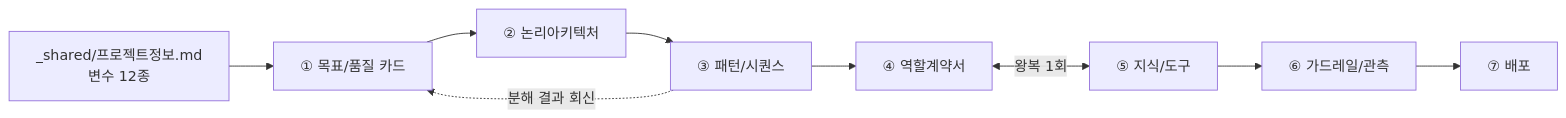
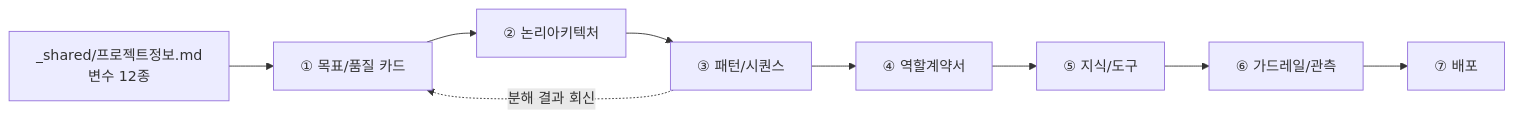
Before and after one commit to unicorn-campus/unicorn-skills: the diagram in design-architecture/prompts/README.md, drawn with Mermaid. The commit also changed other lines of this file and 33 other files, not shown here.

````diff
--- a/design-architecture/prompts/README.md
+++ b/design-architecture/prompts/README.md
@@ -66,11 +68,11 @@
 ```mermaid
 flowchart LR
   P["_shared/프로젝트정보.md<br/>변수 12종"] --> C1
   C1["① 목표/품질 카드"] --> C2["② 논리아키텍처"]
   C2 --> C3["③ 패턴/시퀀스"]
   C3 --> C4["④ 역할계약서"]
-  C4 <-->|"왕복 1회"| C5["⑤ 지식/도구"]
+  C4 --> C5["⑤ 지식/도구"]
   C5 --> C6["⑥ 가드레일/관측"]
   C6 --> C7["⑦ 배포"]
   C3 -.->|"분해 결과 회신"| C1
 ```
````
